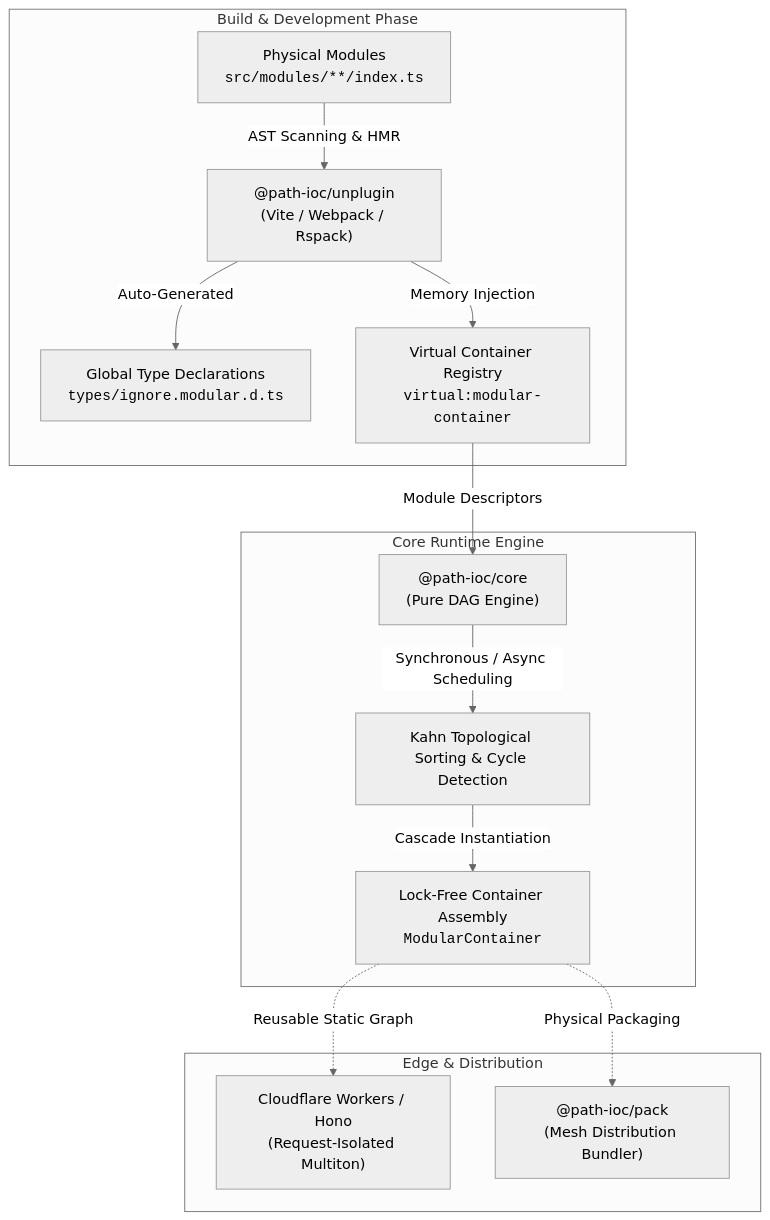
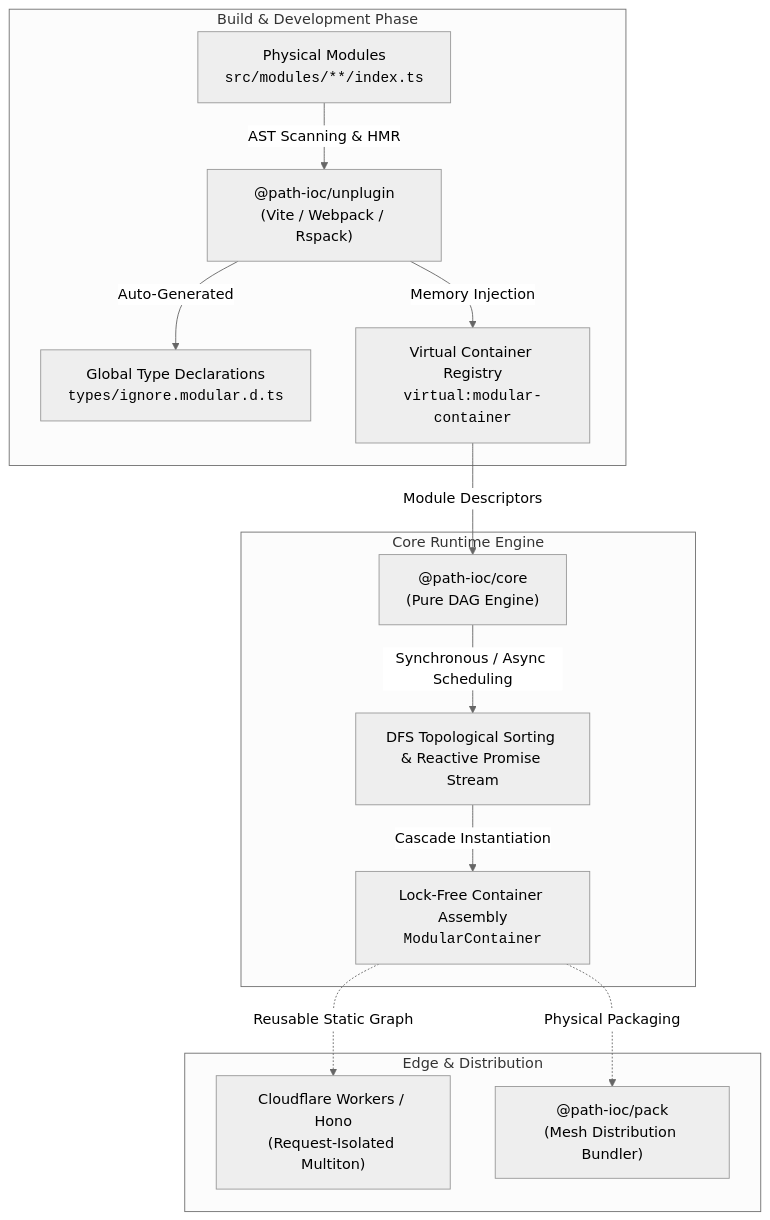
Before and after one commit to path-ioc/path-ioc: the diagram in README.md, drawn with Mermaid (neutral theme). The commit also changed other lines of this file and 12 other files, not shown here.

Commit message:
docs: update documentation, READMEs, and pack plugin guides with enhanced architectural descriptions and video showcase

````diff
--- a/README.md
+++ b/README.md
@@ -65,30 +78,30 @@
 ```mermaid
 flowchart TD
     subgraph BuildTime ["Build & Development Phase"]
         A["Physical Modules<br><code>src/modules/**/index.ts</code>"]
         B["@path-ioc/unplugin<br>(Vite / Webpack / Rspack)"]
         C["Global Type Declarations<br><code>types/ignore.modular.d.ts</code>"]
         D["Virtual Container Registry<br><code>virtual:modular-container</code>"]
         
         A -->|AST Scanning & HMR| B
         B -->|Auto-Generated| C
         B -->|Memory Injection| D
     end
 
     subgraph RunTime ["Core Runtime Engine"]
         E["@path-ioc/core<br>(Pure DAG Engine)"]
-        F["Kahn Topological Sorting & Cycle Detection"]
+        F["DFS Topological Sorting & Reactive Promise Stream"]
         G["Lock-Free Container Assembly<br><code>ModularContainer</code>"]
         
         D -->|Module Descriptors| E
         E -->|Synchronous / Async Scheduling| F
         F -->|Cascade Instantiation| G
     end
 
     subgraph EdgeTime ["Edge & Distribution"]
         H["Cloudflare Workers / Hono<br>(Request-Isolated Multiton)"]
         I["@path-ioc/pack<br>(Mesh Distribution Bundler)"]
         G -.->|Reusable Static Graph| H
         G -.->|Physical Packaging| I
     end
 ```
````
